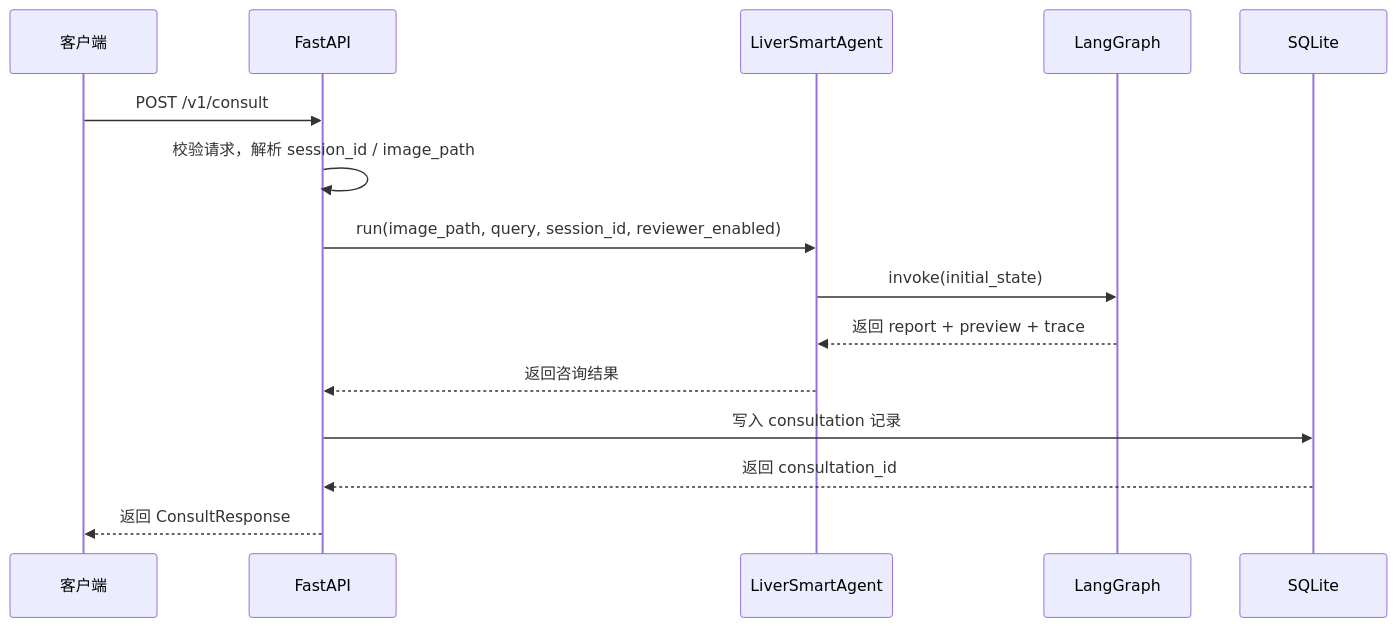
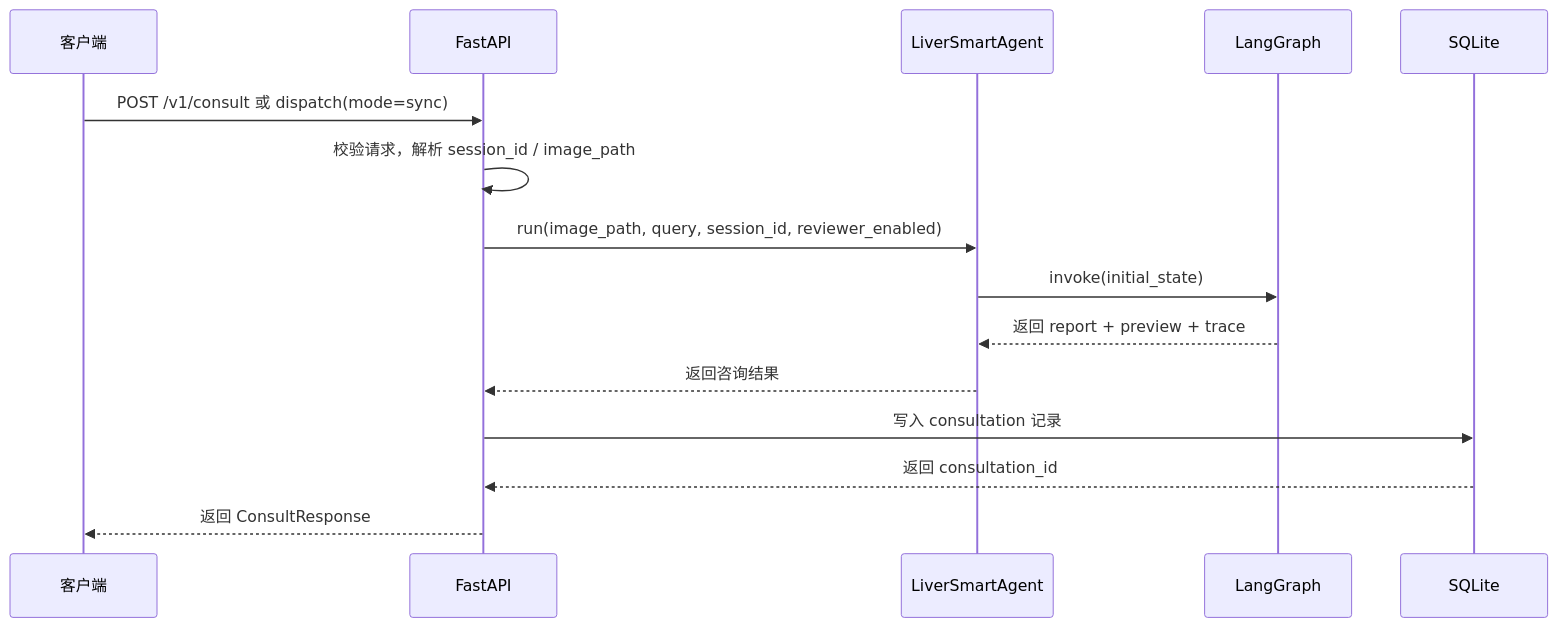
Before and after one commit to jiliguluhua/liver_rag: the fourth of 9 diagrams in docs/backend_architecture.md, drawn with Mermaid. The commit also changed other lines of this file, not shown here.

````diff
--- a/docs/backend_architecture.md
+++ b/docs/backend_architecture.md
@@ -58,18 +84,18 @@
 ```mermaid
 sequenceDiagram
     participant Client as 客户端
     participant API as FastAPI
     participant Agent as LiverSmartAgent
     participant Graph as LangGraph
     participant DB as SQLite
 
-    Client->>API: POST /v1/consult
+    Client->>API: POST /v1/consult 或 dispatch(mode=sync)
     API->>API: 校验请求，解析 session_id / image_path
     API->>Agent: run(image_path, query, session_id, reviewer_enabled)
     Agent->>Graph: invoke(initial_state)
     Graph-->>Agent: 返回 report + preview + trace
     Agent-->>API: 返回咨询结果
     API->>DB: 写入 consultation 记录
     DB-->>API: 返回 consultation_id
     API-->>Client: 返回 ConsultResponse
 ```
````
